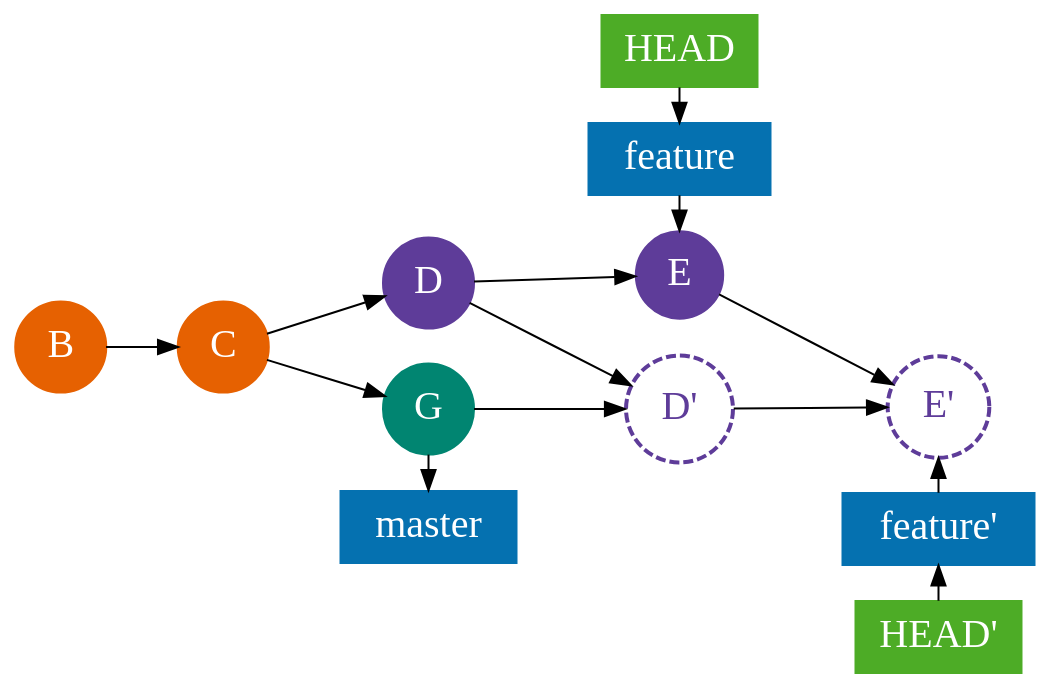
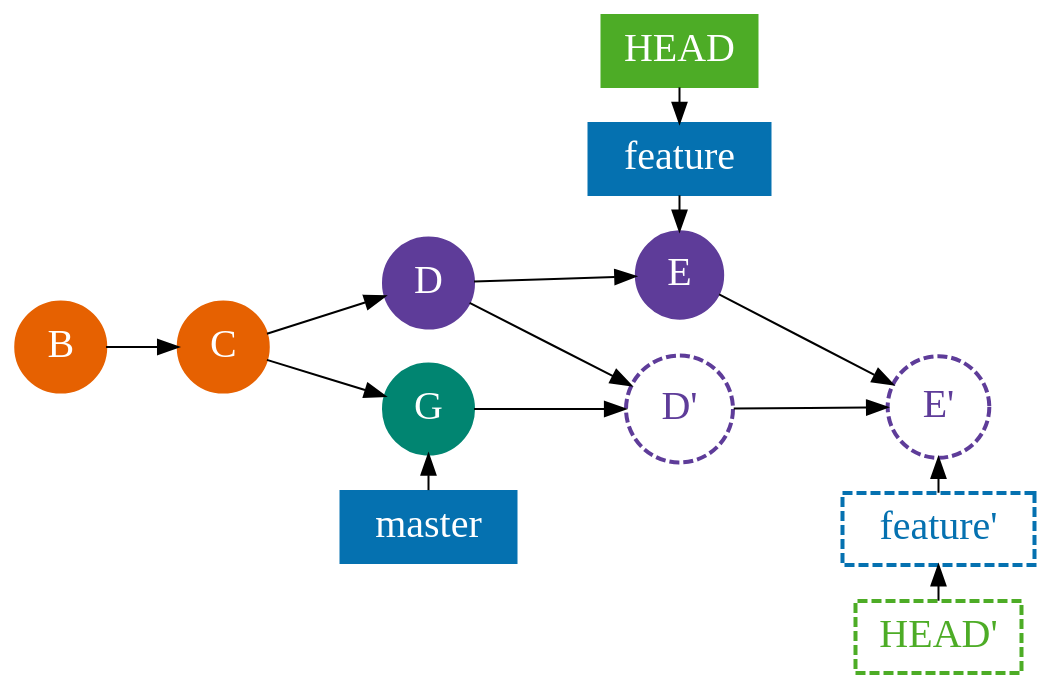
One commit to nirname/git-report changed the seventh of 21 diagrams in docs/index.md. Above: the diagram before and after it, drawn with Graphviz. The commit also changed other lines of this file and 8 other files, not shown here.

````diff
--- a/docs/index.md
+++ b/docs/index.md
@@ -421,69 +432,78 @@
 ```graphviz
 digraph {
   graph[splines=false fontname="Arial" bgcolor="transparent" rankdir=LR]
   node [style="filled" fontcolor="white" fontsize=20]
 
   subgraph nodes {
     node [shape="circle"]
     {
       node [color="#e66101" fillcolor="#e66101"]
       B C
     }
     {
       node [color="#5e3c99" fillcolor="#5e3c99"]
       D E
     }
     {
       node [color="#5e3c99" penwidth=2 fontcolor="#5e3c99" fillcolor="#5e3c99" style=dashed]
       "D'" "E'"
     }
     {
       node [color="#018571" fillcolor="#018571"]
       G
     }
     {
       node [color="#e66101" fillcolor="#e66101"]
     }
     F [style="invisible"]
   }
 
   subgraph labels {
     node [shape="rect"]
     {
       node[color="#4dac26" fillcolor="#4dac26"]
-      HEAD "HEAD'"
+      HEAD
+    }
+
+    {
+      node[color="#4dac26" fillcolor="#4dac26" fontcolor="#4dac26" style=dashed penwidth=2]
+      "HEAD'"
     }
 
     {
       node[color="#0571b0" fillcolor="#0571b0"]
-      master feature "feature'"
+      master feature
+    }
+    {
+      node[color="#0571b0" fillcolor="#0571b0" fontcolor="#0571b0" style=dashed penwidth=2]
+      "feature'"
     }
   }
 
   { B -> C }
   { C -> D -> E }
   { E -> F [style=invis] }
   { C -> G -> "D'" -> "E'" }
 
   {
     rank = same
     D -> G [style=invis]
-    G -> master
+    G -> master [dir=back]
   }
 
   {
     rank = same
     HEAD -> feature -> E
     E -> "D'" [style=invis]
   }
 
   {
     rank = same
     F "E'" -> "feature'" -> "HEAD'"[dir="back"]
   }
 
   D -> "D'"
   E -> "E'"
 
 }
 ```
````
